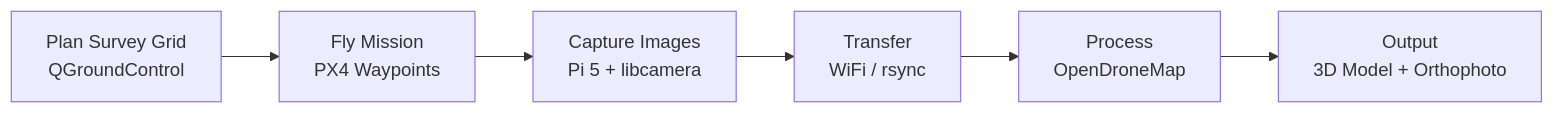
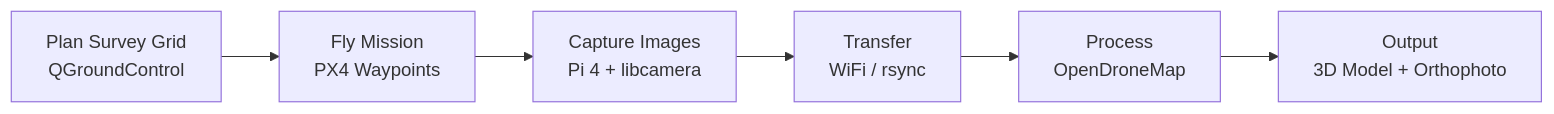
One commit to fadi-labib/bennu changed the diagram in docs/concepts/photogrammetry-pipeline.md. Above: the diagram before and after it, drawn with Mermaid. The commit also changed other lines of this file and 9 other files, not shown here.

````diff
--- a/docs/concepts/photogrammetry-pipeline.md
+++ b/docs/concepts/photogrammetry-pipeline.md
@@ -64,8 +64,8 @@
 ```mermaid
 graph LR
     PLAN[Plan Survey Grid<br/>QGroundControl] --> FLY[Fly Mission<br/>PX4 Waypoints]
-    FLY --> CAPTURE[Capture Images<br/>Pi 5 + libcamera]
+    FLY --> CAPTURE[Capture Images<br/>Pi 4 + libcamera]
     CAPTURE --> TRANSFER[Transfer<br/>WiFi / rsync]
     TRANSFER --> PROCESS[Process<br/>OpenDroneMap]
     PROCESS --> OUTPUT[Output<br/>3D Model + Orthophoto]
 ```
````
